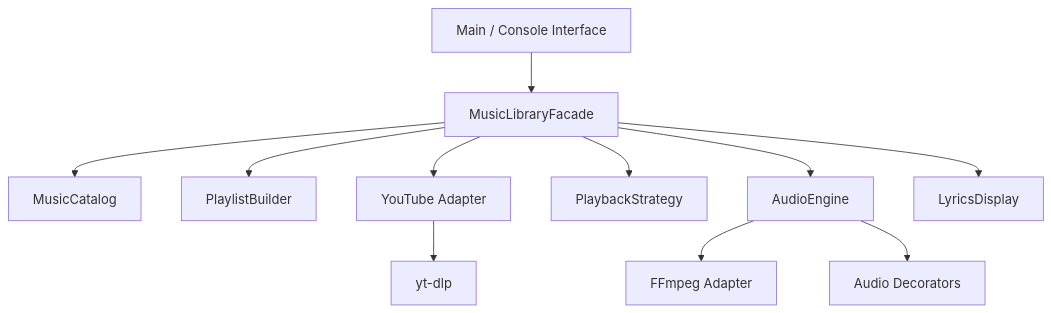
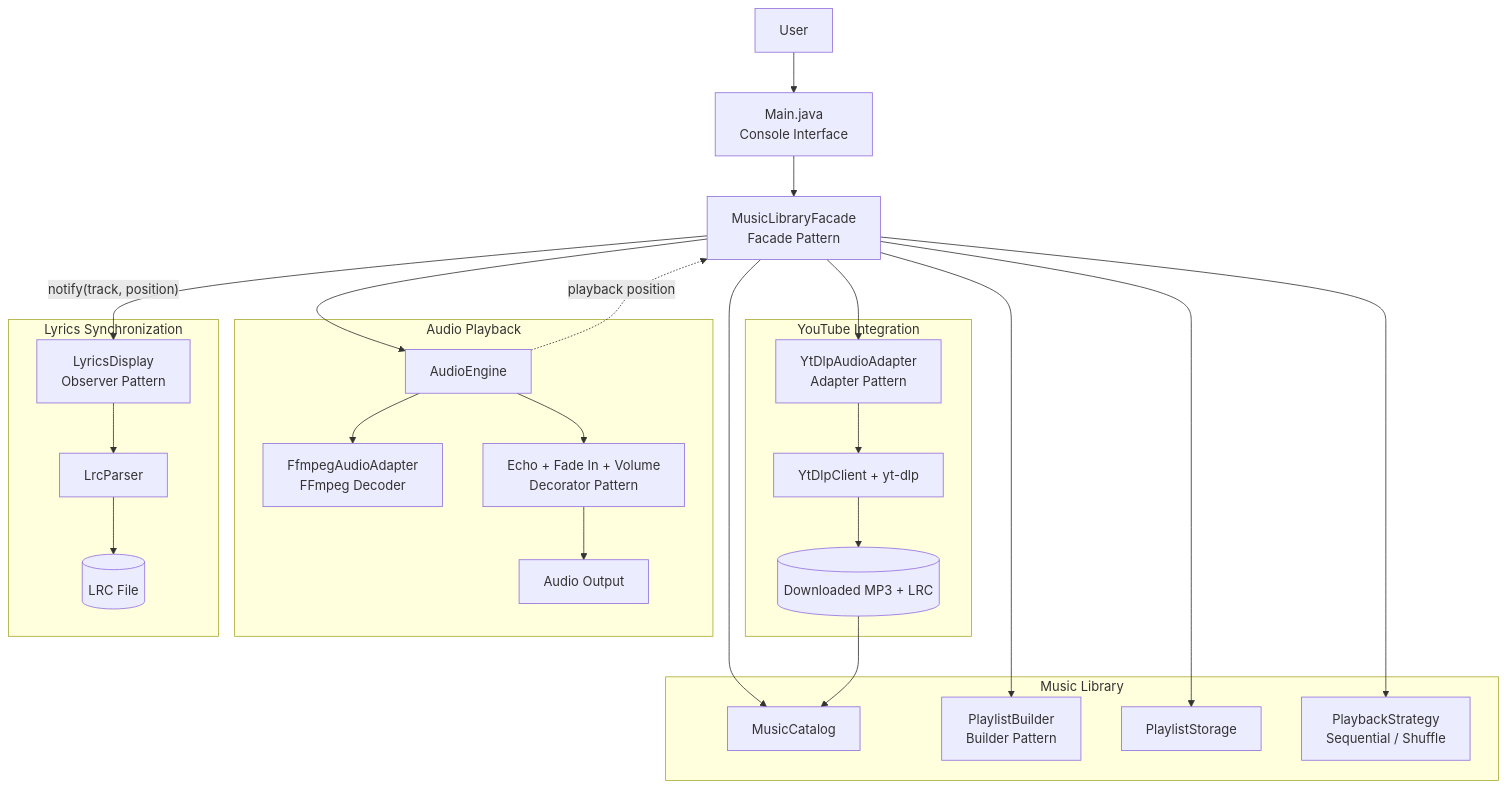
The diagram in README.md (Qoshima/Music-Streaming-Service), drawn with Mermaid before and after one commit.

````diff
--- a/README.md
+++ b/README.md
@@ -451,29 +451,55 @@
 ```mermaid
-flowchart TD
-    Main["Main / Console Interface"]
-    Facade["MusicLibraryFacade"]
+flowchart TB
+    User["User"]
+    Main["Main.java<br/>Console Interface"]
+    Facade["MusicLibraryFacade<br/>Facade Pattern"]
 
-    Catalog["MusicCatalog"]
-    Builder["PlaylistBuilder"]
-    Import["YouTube Adapter"]
-    Strategy["PlaybackStrategy"]
-    Engine["AudioEngine"]
-    Observer["LyricsDisplay"]
+    User --> Main
+    Main --> Facade
 
-    FFmpeg["FFmpeg Adapter"]
-    Effects["Audio Decorators"]
-    YouTube["yt-dlp"]
+    subgraph Library["Music Library"]
+        Catalog["MusicCatalog"]
+        Builder["PlaylistBuilder<br/>Builder Pattern"]
+        Storage["PlaylistStorage"]
+        Strategy["PlaybackStrategy<br/>Sequential / Shuffle"]
+    end
 
-    Main --> Facade
+    subgraph Import["YouTube Integration"]
+        Adapter["YtDlpAudioAdapter<br/>Adapter Pattern"]
+        YTDLP["YtDlpClient + yt-dlp"]
+        Downloads[("Downloaded MP3 + LRC")]
+    end
+
+    subgraph Playback["Audio Playback"]
+        Engine["AudioEngine"]
+        FFmpeg["FfmpegAudioAdapter<br/>FFmpeg Decoder"]
+        Effects["Echo + Fade In + Volume<br/>Decorator Pattern"]
+        Speakers["Audio Output"]
+    end
+
+    subgraph Lyrics["Lyrics Synchronization"]
+        Observer["LyricsDisplay<br/>Observer Pattern"]
+        Parser["LrcParser"]
+        LRC[("LRC File")]
+    end
 
     Facade --> Catalog
     Facade --> Builder
-    Facade --> Import
+    Facade --> Storage
     Facade --> Strategy
+
+    Facade --> Adapter
+    Adapter --> YTDLP
+    YTDLP --> Downloads
+    Downloads --> Catalog
+
     Facade --> Engine
-    Facade --> Observer
-
-    Import --> YouTube
     Engine --> FFmpeg
     Engine --> Effects
+    Effects --> Speakers
+
+    Facade -->|"notify(track, position)"| Observer
+    Observer --> Parser
+    Parser --> LRC
+    Engine -.->|"playback position"| Facade
 ```
````
